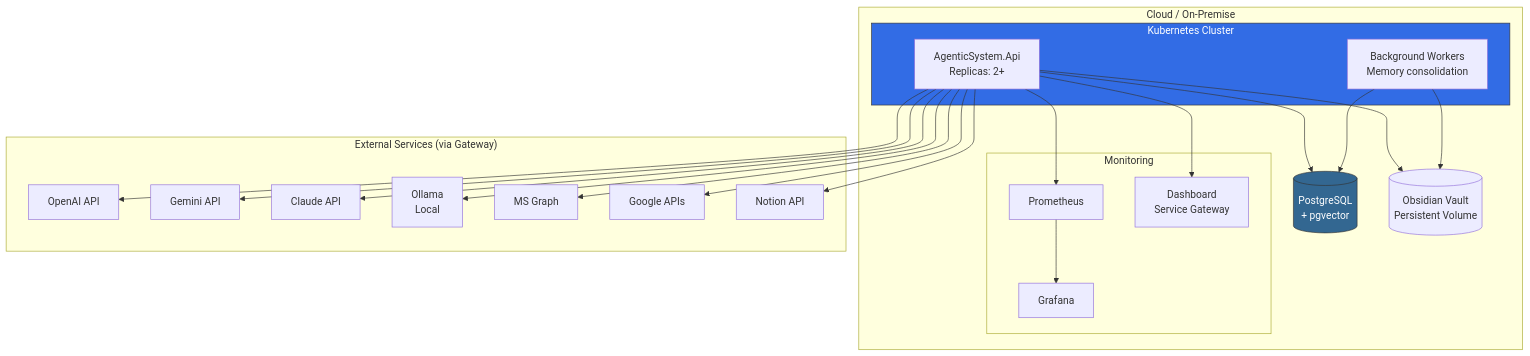
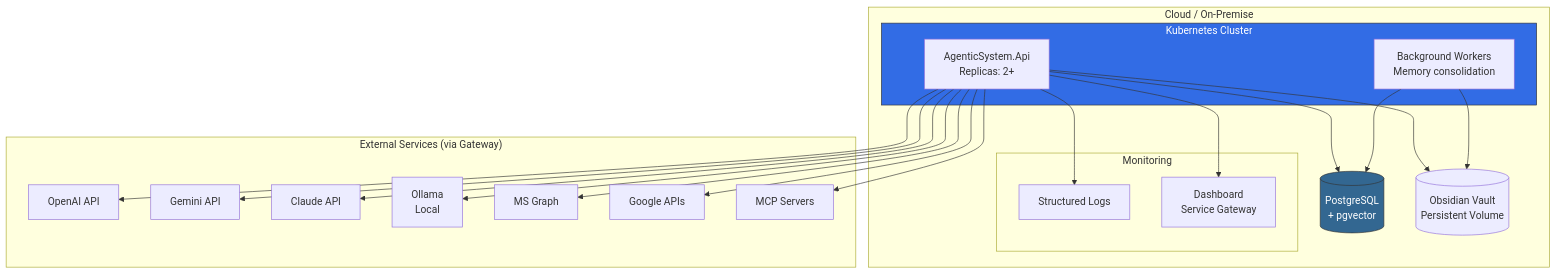
The sixth of 9 diagrams in docs/architecture/diagrams.md (JonathanBenicio/Agent-System), drawn with Mermaid before and after one commit. The commit also changed other lines of this file and 81 other files, not shown here.

````diff
--- a/docs/architecture/diagrams.md
+++ b/docs/architecture/diagrams.md
@@ -321,48 +293,46 @@
 ```mermaid
 graph TB
     subgraph Cloud["Cloud / On-Premise"]
         subgraph K8s["Kubernetes Cluster"]
             API_POD[AgenticSystem.Api<br/>Replicas: 2+]
             WORKER[Background Workers<br/>Memory consolidation]
         end
 
         PG_SVC[(PostgreSQL<br/>+ pgvector)]
         OBSIDIAN_VOL[(Obsidian Vault<br/>Persistent Volume)]
 
         subgraph Monitoring
-            PROM[Prometheus]
-            GRAF[Grafana]
+            LOGS[Structured Logs]
             AI_DASH[Dashboard<br/>Service Gateway]
         end
     end
 
     subgraph External["External Services (via Gateway)"]
         OPENAI[OpenAI API]
         GEMINI[Gemini API]
         CLAUDE[Claude API]
         OLLAMA[Ollama<br/>Local]
         GRAPH[MS Graph]
         GOOGLE[Google APIs]
-        NOTION_EXT[Notion API]
+        MCP_EXT[MCP Servers]
     end
 
     API_POD --> PG_SVC
     API_POD --> OBSIDIAN_VOL
     WORKER --> PG_SVC
     WORKER --> OBSIDIAN_VOL
 
     API_POD --> OPENAI
     API_POD --> GEMINI
     API_POD --> CLAUDE
     API_POD --> OLLAMA
     API_POD --> GRAPH
     API_POD --> GOOGLE
-    API_POD --> NOTION_EXT
+    API_POD --> MCP_EXT
 
-    API_POD --> PROM
-    PROM --> GRAF
+    API_POD --> LOGS
     API_POD --> AI_DASH
 
     style K8s fill:#326ce5,stroke:#333,color:#fff
     style PG_SVC fill:#336791,stroke:#333,color:#fff
 ```
````
